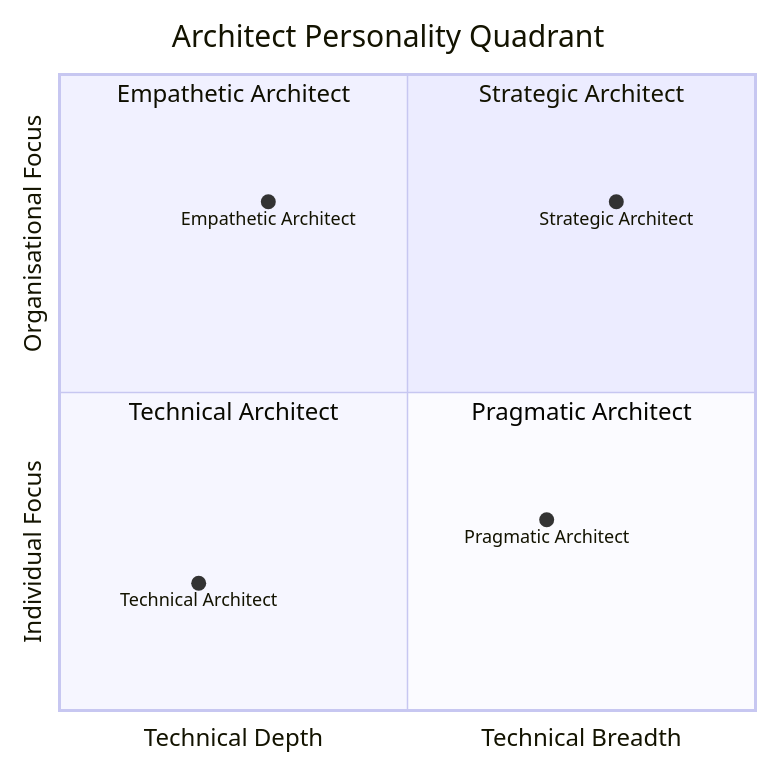
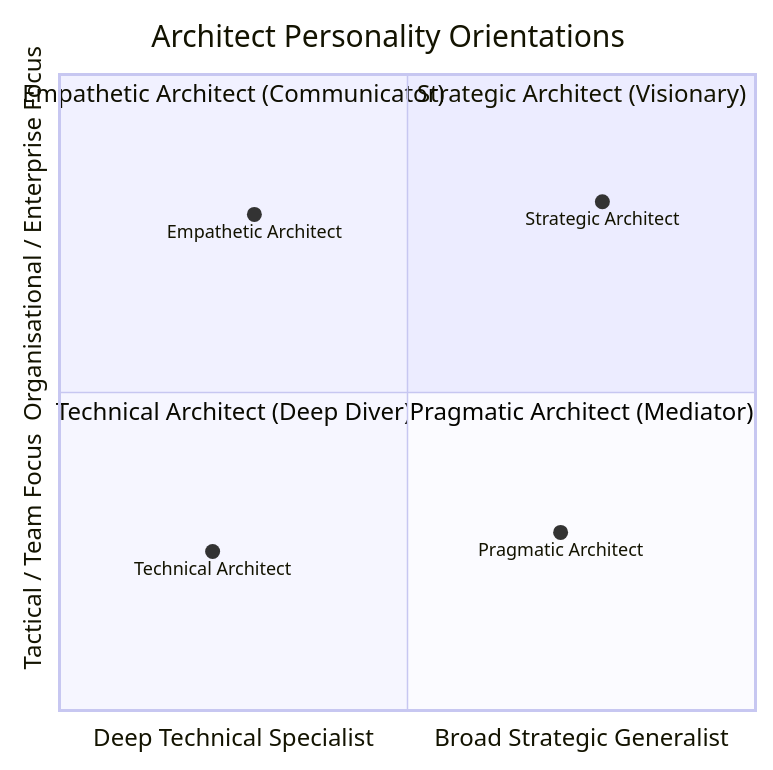
The diagram in docs/03.01-architect-personalities.md (nitinkc/PrincipalEngineer_InterviewGuide), drawn with Mermaid before and after one commit. The commit also changed other lines of this file and 27 other files, not shown here.

````diff
--- a/docs/03.01-architect-personalities.md
+++ b/docs/03.01-architect-personalities.md
@@ -18,14 +29,14 @@
 ```mermaid
 quadrantChart
-    title Architect Personality Quadrant
-    x-axis Technical Depth --> Technical Breadth
-    y-axis Individual Focus --> Organisational Focus
-    quadrant-1 Strategic Architect
-    quadrant-2 Empathetic Architect
-    quadrant-3 Technical Architect
-    quadrant-4 Pragmatic Architect
-    Technical Architect: [0.2, 0.2]
-    Strategic Architect: [0.8, 0.8]
-    Pragmatic Architect: [0.7, 0.3]
-    Empathetic Architect: [0.3, 0.8]
+    title Architect Personality Orientations
+    x-axis "Deep Technical Specialist" --> "Broad Strategic Generalist"
+    y-axis "Tactical / Team Focus" --> "Organisational / Enterprise Focus"
+    quadrant-1 "Strategic Architect (Visionary)"
+    quadrant-2 "Empathetic Architect (Communicator)"
+    quadrant-3 "Technical Architect (Deep Diver)"
+    quadrant-4 "Pragmatic Architect (Mediator)"
+    "Technical Architect": [0.22, 0.25]
+    "Strategic Architect": [0.78, 0.80]
+    "Pragmatic Architect": [0.72, 0.28]
+    "Empathetic Architect": [0.28, 0.78]
 ```
````
